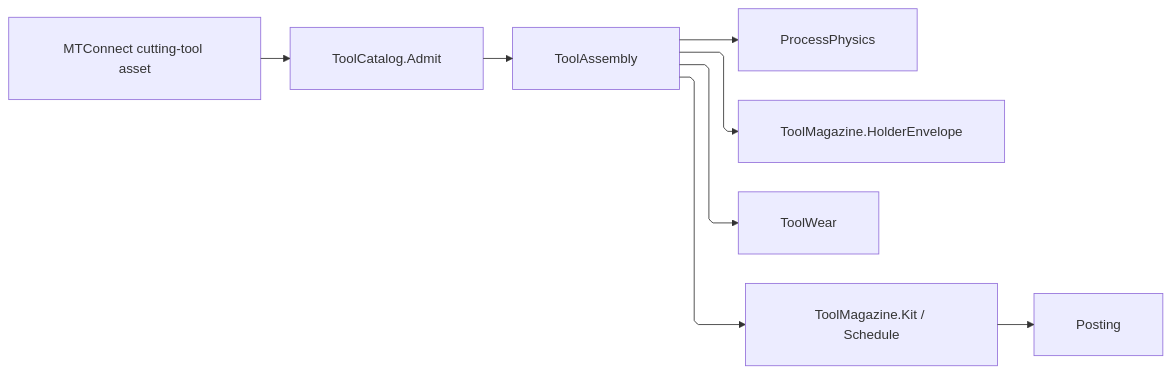
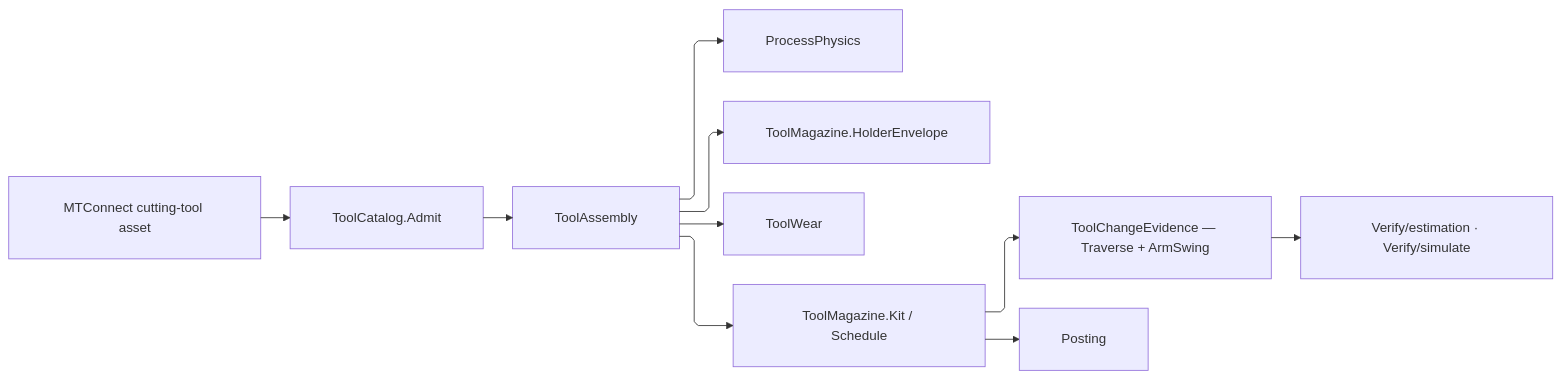
The diagram in libs/csharp/Rasm.Fabrication/.planning/Tooling/magazine.md (bsamiee/Rasm), drawn with Mermaid before and after one commit. The commit also changed other lines of this file and 747 other files, not shown here.

````diff
--- a/libs/csharp/Rasm.Fabrication/.planning/Tooling/magazine.md
+++ b/libs/csharp/Rasm.Fabrication/.planning/Tooling/magazine.md
@@ -1114,19 +1471,21 @@
 ```mermaid
 ---
 config:
   layout: elk
   flowchart:
     curve: linear
     padding: 25
 ---
 flowchart LR
     accTitle: Tool-magazine composition
-    accDescr: MTConnect assets admit tool assemblies consumed by physics, guard, wear, kitting, and scheduling.
+    accDescr: MTConnect assets admit tool assemblies consumed by physics, guard, wear, kitting, and scheduling, with one derived exchange clock reaching estimation and simulation.
     Asset["MTConnect cutting-tool asset"] --> Admit["ToolCatalog.Admit"]
     Admit --> Assembly["ToolAssembly"]
     Assembly --> Physics["ProcessPhysics"]
     Assembly --> Guard["ToolMagazine.HolderEnvelope"]
     Assembly --> Wear["ToolWear"]
     Assembly --> Magazine["ToolMagazine.Kit / Schedule"]
+    Magazine --> Change["ToolChangeEvidence — Traverse + ArmSwing"]
+    Change --> Verify["Verify/estimation · Verify/simulate"]
     Magazine --> Posting["Posting"]
 ```
````
